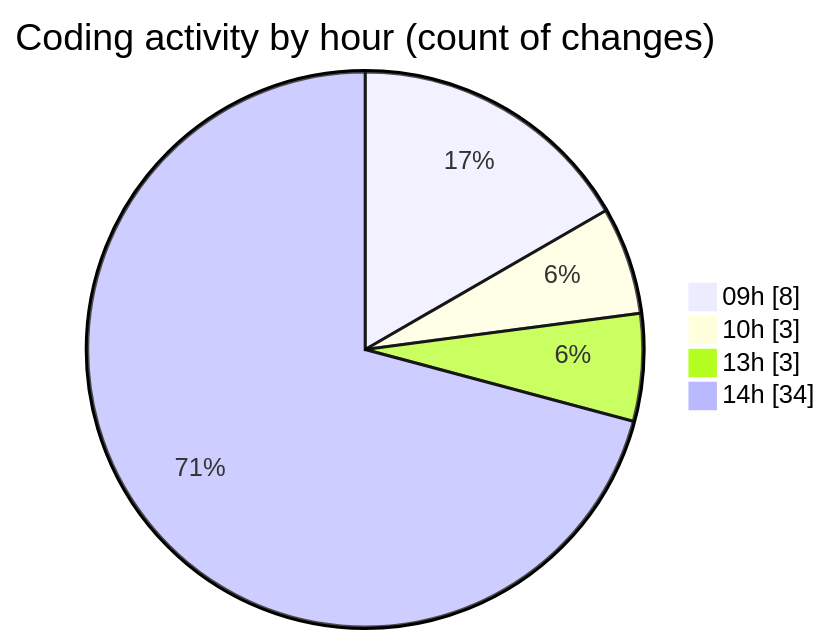
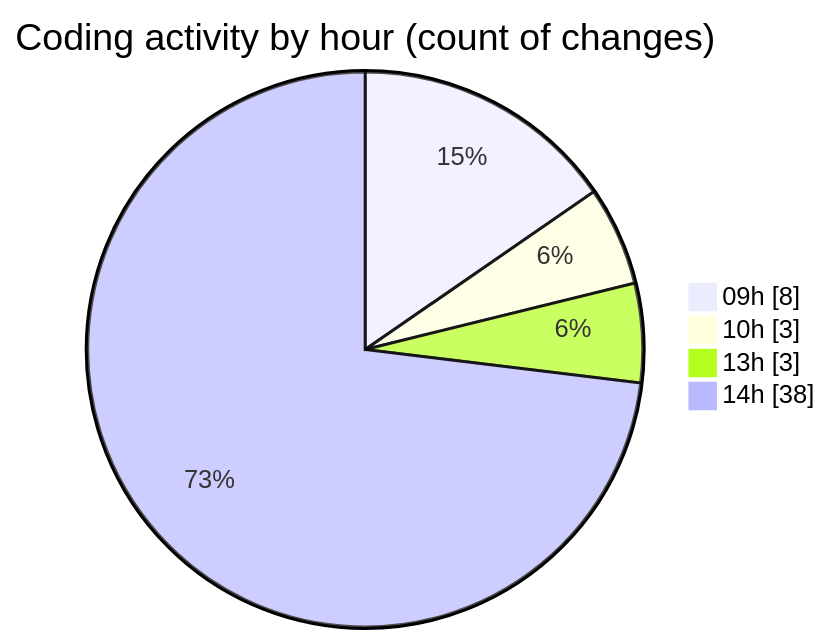
One commit to momahboobian/code-tracking changed the second of 2 diagrams in 2026-04-09/cda/README.md. Above: the diagram before and after it, drawn with Mermaid. The commit also changed other lines of this file and 1 other file, not shown here.

````diff
--- a/2026-04-09/cda/README.md
+++ b/2026-04-09/cda/README.md
@@ -43,8 +43,8 @@
 ```mermaid
 pie showData
 title Coding activity by hour (count of changes)
 "09h" : 8
 "10h" : 3
 "13h" : 3
-"14h" : 34
+"14h" : 38
 ```
````
